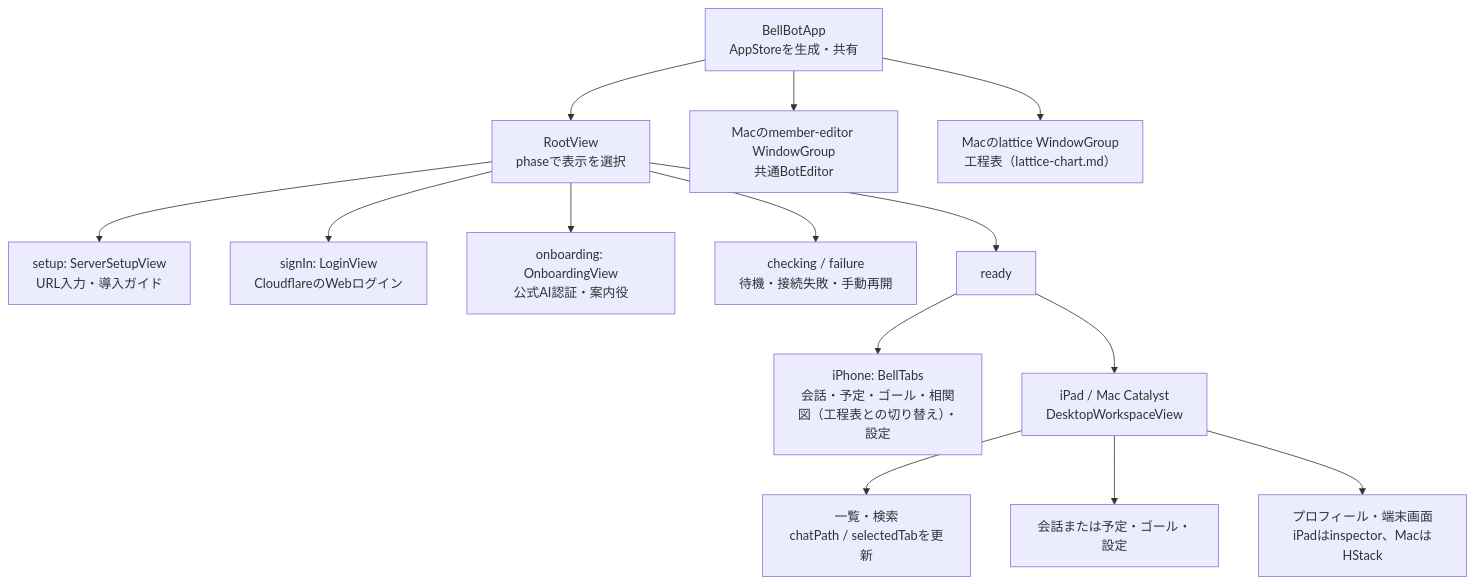
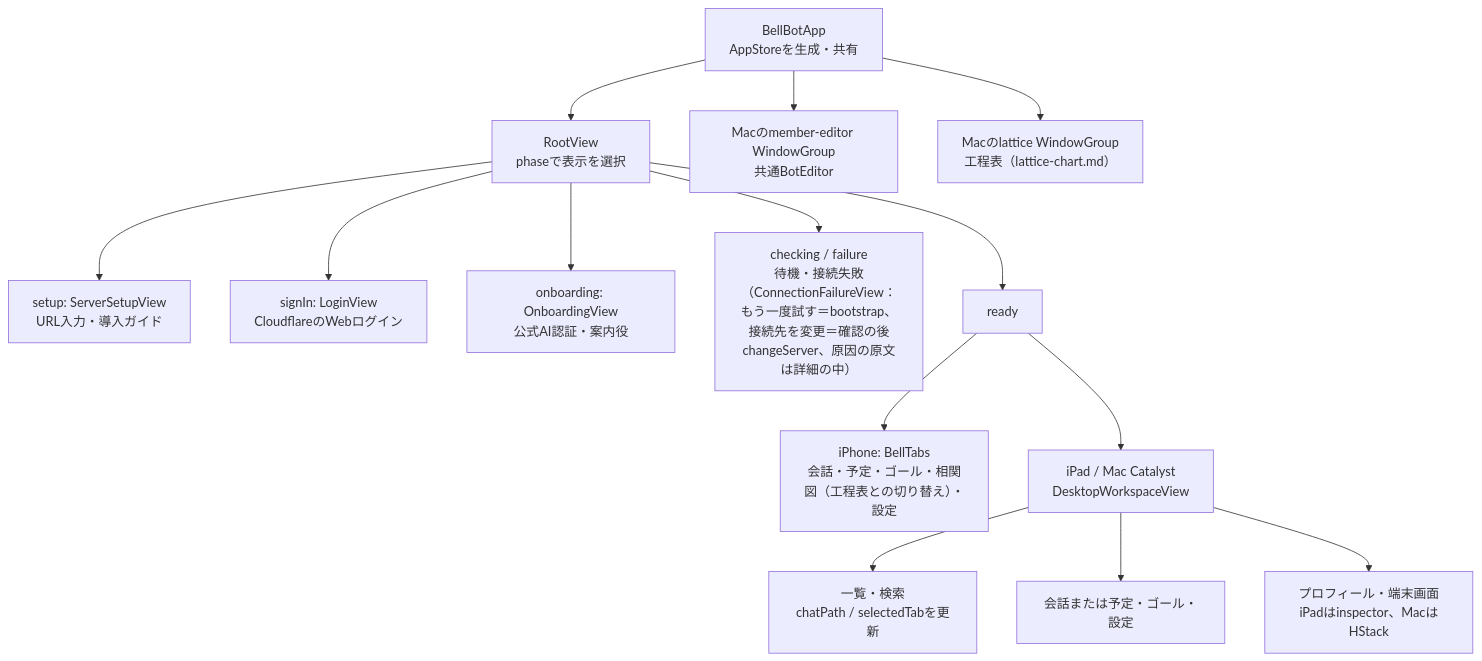
The first of 3 diagrams in docs/architecture/modules/apple/overview.md (kitepon/BellTeam), drawn with Mermaid before and after one commit. The commit also changed 6 other files, not shown here.

First line of the commit message:
Apple: readable setup guide, plain connection failure, room member picker, no raw commands or paths

````diff
--- a/docs/architecture/modules/apple/overview.md
+++ b/docs/architecture/modules/apple/overview.md
@@ -9,16 +9,16 @@
 ```mermaid
 flowchart TD
   App["BellBotApp<br/>AppStoreを生成・共有"] --> Root["RootView<br/>phaseで表示を選択"]
   Root --> Setup["setup: ServerSetupView<br/>URL入力・導入ガイド"]
   Root --> Login["signIn: LoginView<br/>CloudflareのWebログイン"]
   Root --> Onboarding["onboarding: OnboardingView<br/>公式AI認証・案内役"]
-  Root --> Failure["checking / failure<br/>待機・接続失敗・手動再開"]
+  Root --> Failure["checking / failure<br/>待機・接続失敗（ConnectionFailureView：もう一度試す＝bootstrap、接続先を変更＝確認の後changeServer、原因の原文は詳細の中）"]
   Root --> Ready["ready"]
   Ready --> Phone["iPhone: BellTabs<br/>会話・予定・ゴール・相関図（工程表との切り替え）・設定"]
   Ready --> Wide["iPad / Mac Catalyst<br/>DesktopWorkspaceView"]
   Wide --> Sidebar["一覧・検索<br/>chatPath / selectedTabを更新"]
   Wide --> Detail["会話または予定・ゴール・設定"]
   Wide --> Inspector["プロフィール・端末画面<br/>iPadはinspector、MacはHStack"]
   App --> EditorWindow["Macのmember-editor WindowGroup<br/>共通BotEditor"]
   App --> LatticeWindow["Macのlattice WindowGroup<br/>工程表（lattice-chart.md）"]
 ```
````
